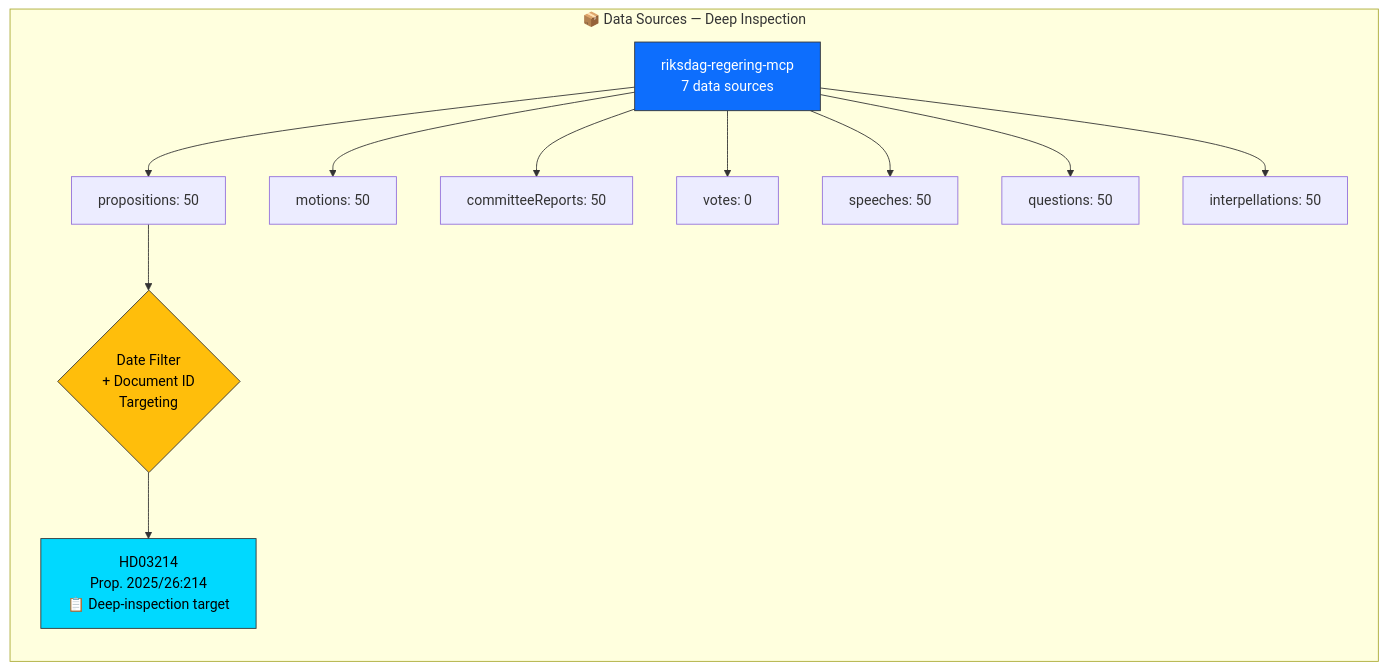
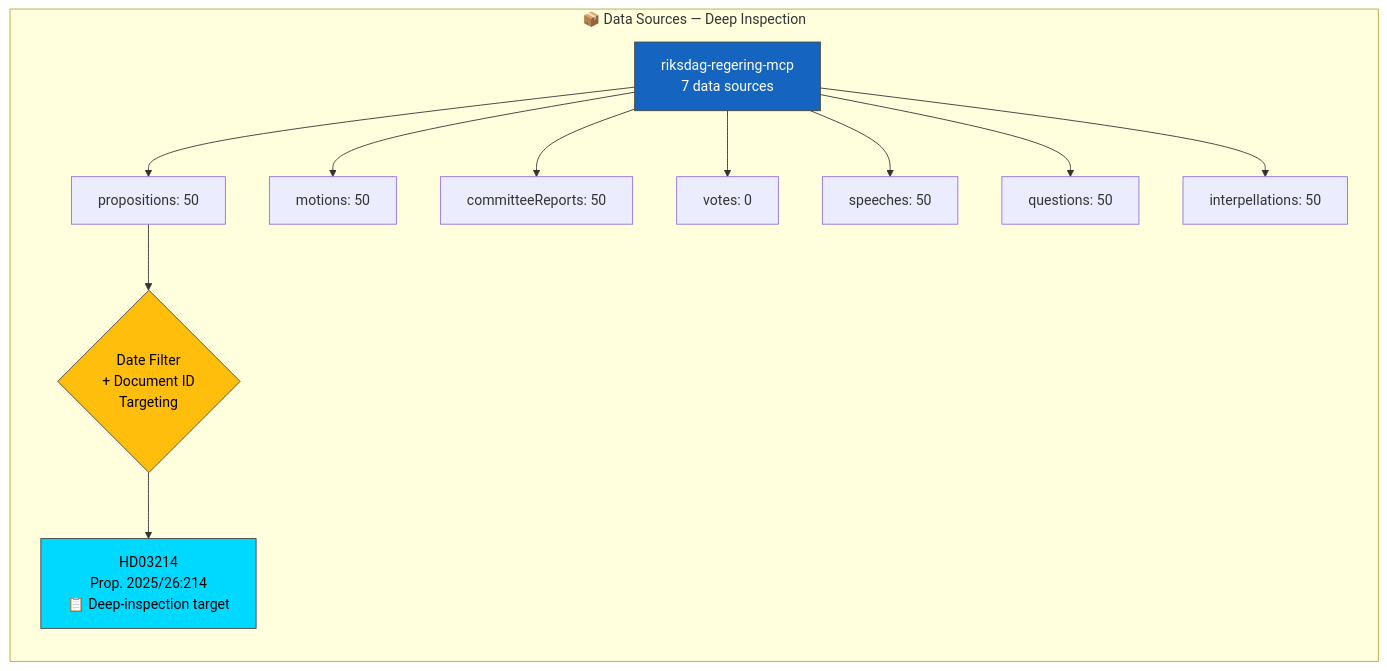
The diagram in analysis/daily/2026-04-03/deep-inspection/data-download-manifest.md (Hack23/riksdagsmonitor), drawn with Mermaid before and after one commit. The commit also changed 785 other files, not shown here.

First line of the commit message:
Normalize mermaid colors across 786 analysis artifacts to ISMS Style Guide palette

````diff
--- a/analysis/daily/2026-04-03/deep-inspection/data-download-manifest.md
+++ b/analysis/daily/2026-04-03/deep-inspection/data-download-manifest.md
@@ -11,19 +11,19 @@
 ```mermaid
 graph LR
     subgraph "📦 Data Sources — Deep Inspection"
         MCP["riksdag-regering-mcp<br/>7 data sources"] --> P["propositions: 50"]
         MCP --> M["motions: 50"]
         MCP --> CR["committeeReports: 50"]
         MCP --> V["votes: 0"]
         MCP --> S["speeches: 50"]
         MCP --> Q["questions: 50"]
         MCP --> I["interpellations: 50"]
         
         P --> FILTER{"Date Filter<br/>+ Document ID<br/>Targeting"}
         FILTER --> TARGET["HD03214<br/>Prop. 2025/26:214<br/>📋 Deep-inspection target"]
     end
 
-    style MCP fill:#0d6efd,stroke:#333,color:#fff
-    style TARGET fill:#00d9ff,stroke:#333,color:#000
-    style FILTER fill:#ffbe0b,stroke:#333,color:#000
+    style MCP fill:#1565C0,stroke:#424242,color:#FFFFFF
+    style TARGET fill:#00d9ff,stroke:#424242,color:#000000
+    style FILTER fill:#ffbe0b,stroke:#424242,color:#000000
 ```
````
